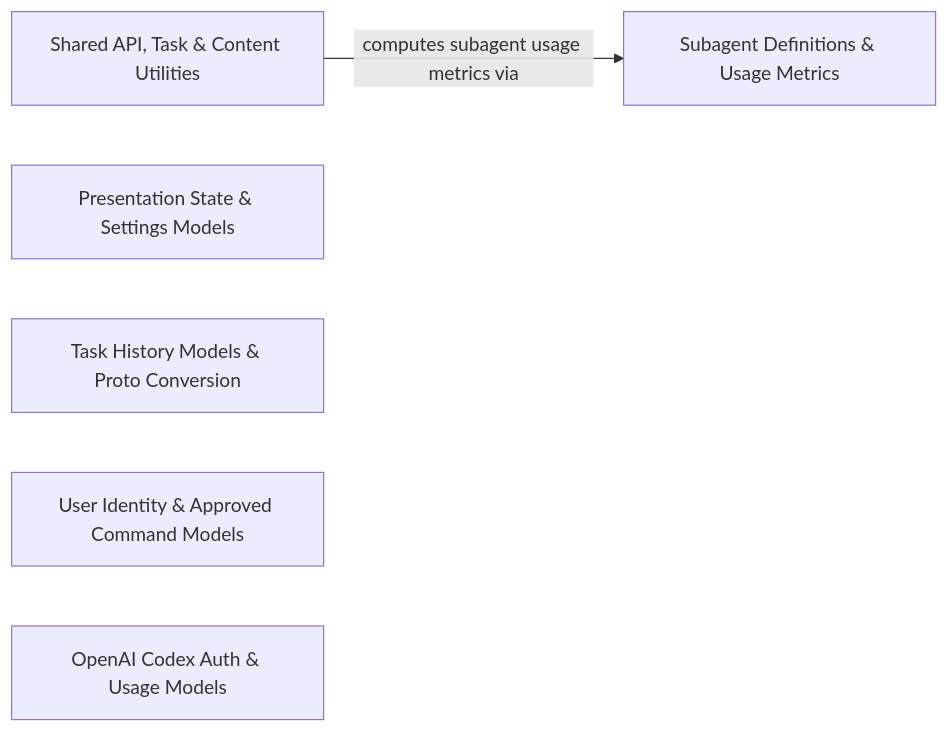
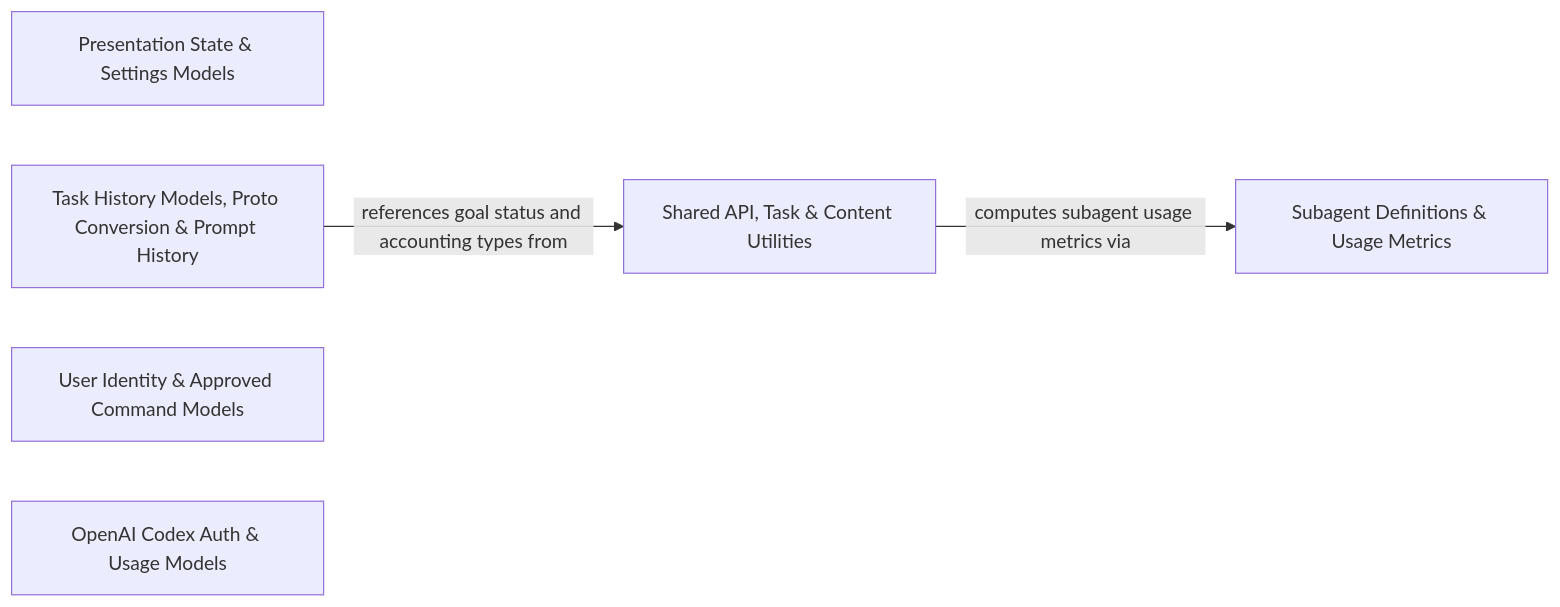
One commit to alexdim/dirac changed the diagram in .codeboarding/Core_Shared_Models_Helpers.md. Above: the diagram before and after it, drawn with Mermaid. The commit also changed other lines of this file and 40 other files, not shown here.

````diff
--- a/.codeboarding/Core_Shared_Models_Helpers.md
+++ b/.codeboarding/Core_Shared_Models_Helpers.md
@@ -1,10 +1,11 @@
 ```mermaid
 graph LR
     Shared_API_Task_Content_Utilities["Shared API, Task & Content Utilities"]
     Presentation_State_Settings_Models["Presentation State & Settings Models"]
-    Task_History_Models_Proto_Conversion["Task History Models & Proto Conversion"]
+    Task_History_Models_Proto_Conversion_Prompt_History["Task History Models, Proto Conversion & Prompt History"]
     User_Identity_Approved_Command_Models["User Identity & Approved Command Models"]
     OpenAI_Codex_Auth_Usage_Models["OpenAI Codex Auth & Usage Models"]
     Subagent_Definitions_Usage_Metrics["Subagent Definitions & Usage Metrics"]
     Shared_API_Task_Content_Utilities -- "computes subagent usage metrics via" --> Subagent_Definitions_Usage_Metrics
+    Task_History_Models_Proto_Conversion_Prompt_History -- "references goal status and accounting types from" --> Shared_API_Task_Content_Utilities
 ```
````
